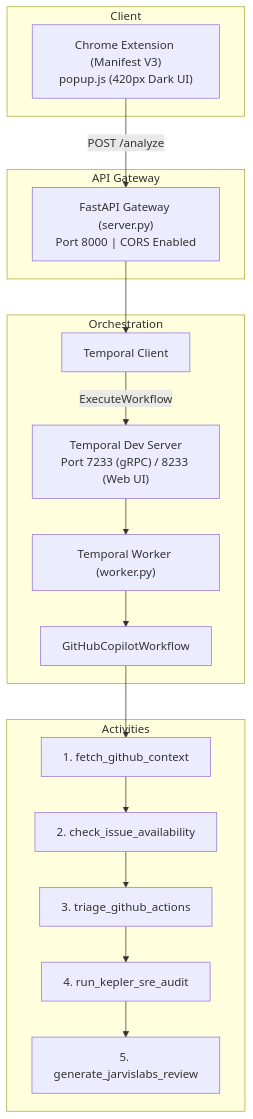
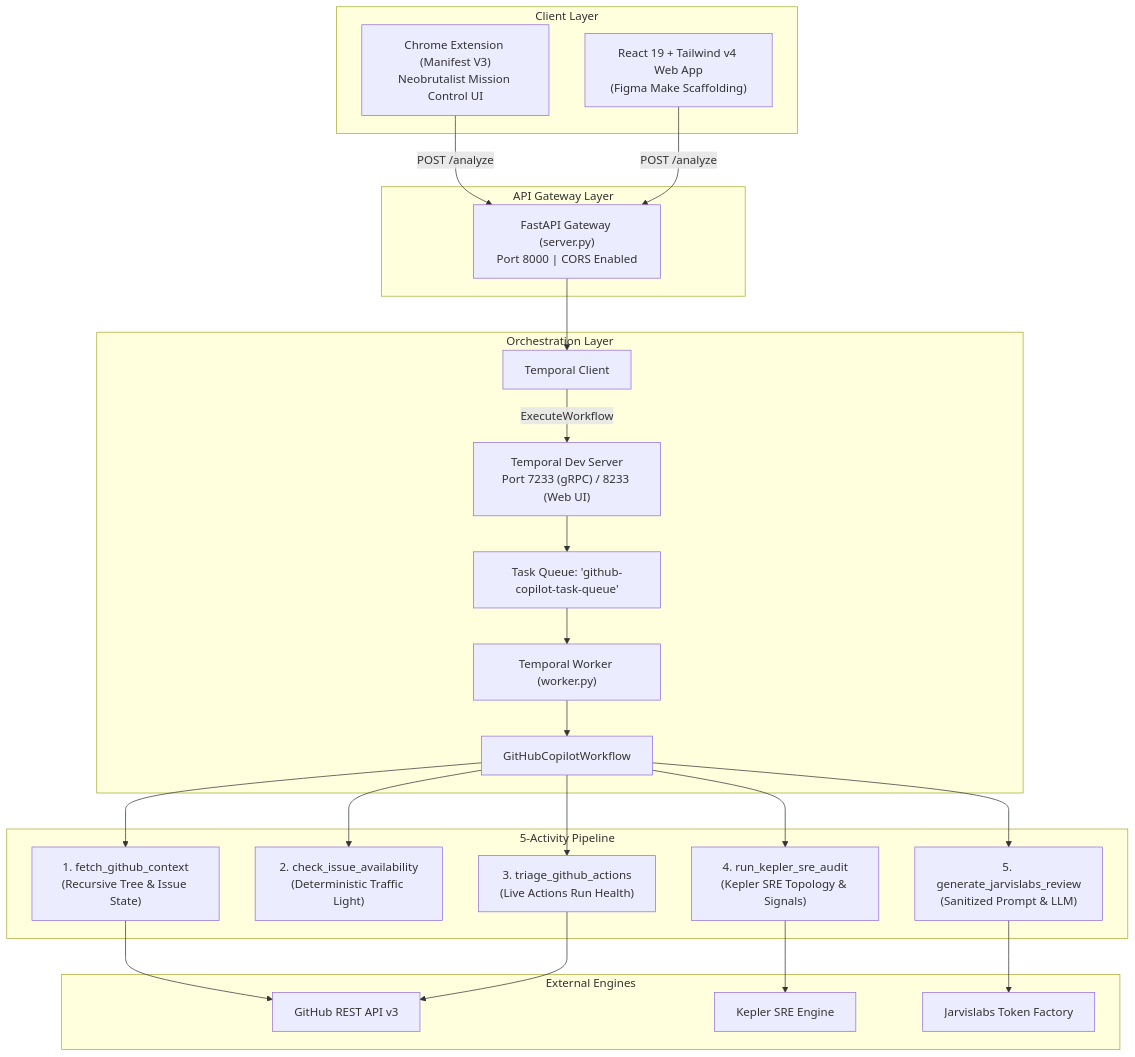
Before and after one commit to himanshu-anonymous/mauji-1: the diagram in README.md, drawn with Mermaid. The commit also changed other lines of this file and 3 other files, not shown here.

Commit message:
docs: finalize README with Temporal, Jarvislabs, and Kepler SRE IDE integrations, and finalize extension

````diff
--- a/README.md
+++ b/README.md
@@ -32,32 +60,47 @@
 ```mermaid
 graph TD
-    subgraph Client
-        EXT["Chrome Extension (Manifest V3)<br/>popup.js (420px Dark UI)"]
+    subgraph Client Layer
+        EXT["Chrome Extension (Manifest V3)<br/>Neobrutalist Mission Control UI"]
+        WEB["React 19 + Tailwind v4 Web App<br/>(Figma Make Scaffolding)"]
     end
 
-    subgraph API Gateway
+    subgraph API Gateway Layer
         API["FastAPI Gateway (server.py)<br/>Port 8000 | CORS Enabled"]
     end
 
-    subgraph Orchestration
+    subgraph Orchestration Layer
         TC["Temporal Client"]
         TS["Temporal Dev Server<br/>Port 7233 (gRPC) / 8233 (Web UI)"]
+        TQ["Task Queue: 'github-copilot-task-queue'"]
         WRK["Temporal Worker (worker.py)"]
         WF["GitHubCopilotWorkflow"]
     end
 
-    subgraph Activities
-        A1["1. fetch_github_context"]
-        A2["2. check_issue_availability"]
-        A3["3. triage_github_actions"]
-        A4["4. run_kepler_sre_audit"]
-        A5["5. generate_jarvislabs_review"]
+    subgraph 5-Activity Pipeline
+        A1["1. fetch_github_context<br/>(Recursive Tree & Issue State)"]
+        A2["2. check_issue_availability<br/>(Deterministic Traffic Light)"]
+        A3["3. triage_github_actions<br/>(Live Actions Run Health)"]
+        A4["4. run_kepler_sre_audit<br/>(Kepler SRE Topology & Signals)"]
+        A5["5. generate_jarvislabs_review<br/>(Sanitized Prompt & LLM)"]
+    end
+
+    subgraph External Engines
+        GH["GitHub REST API v3"]
+        KPL["Kepler SRE Engine"]
+        JLB["Jarvislabs Token Factory"]
     end
 
     EXT -->|POST /analyze| API
+    WEB -->|POST /analyze| API
     API --> TC
     TC -->|ExecuteWorkflow| TS
-    TS --> WRK
+    TS --> TQ
+    TQ --> WRK
     WRK --> WF
-    WF --> A1 --> A2 --> A3 --> A4 --> A5
+
+    WF --> A1 --> GH
+    WF --> A2
+    WF --> A3 --> GH
+    WF --> A4 --> KPL
+    WF --> A5 --> JLB
 ```
````
